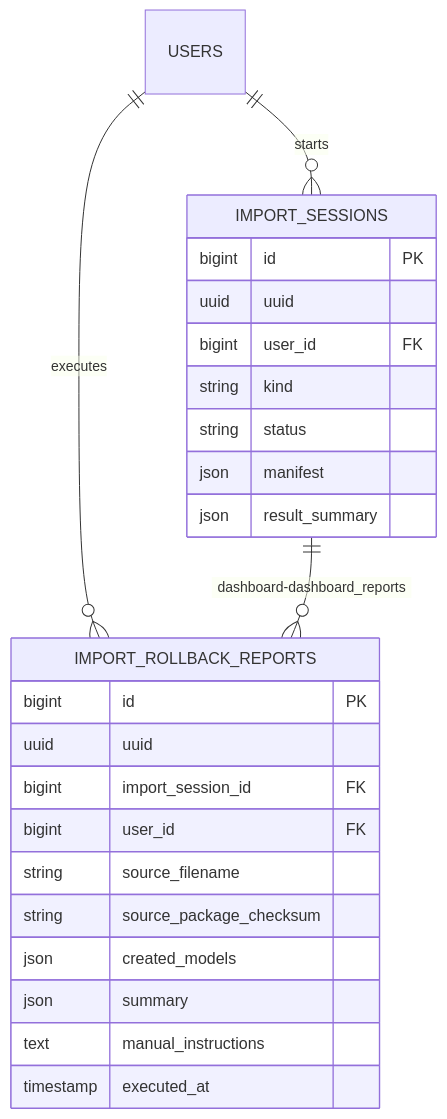
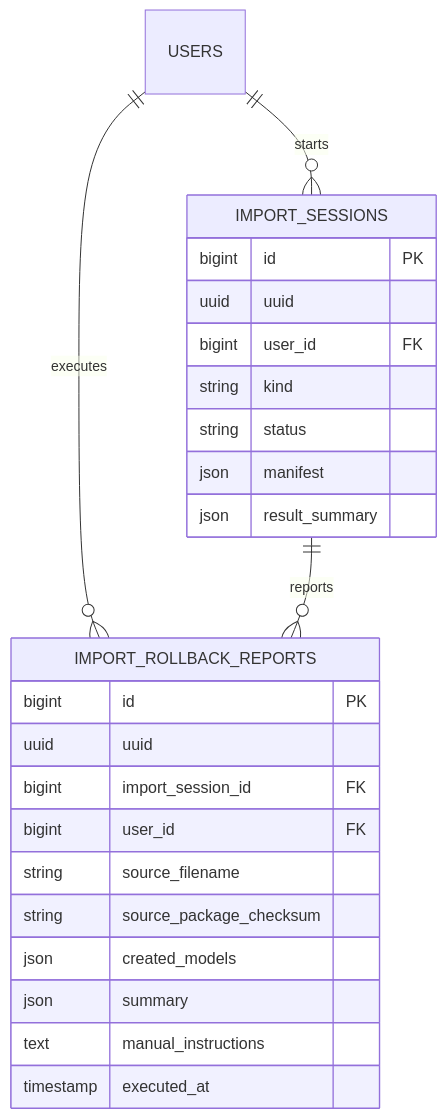
One commit to capell-app/migration-assistant changed the diagram in docs/overview.md. Above: the diagram before and after it, drawn with Mermaid. The commit also changed other lines of this file and 60 other files, not shown here.

````diff
--- a/docs/overview.md
+++ b/docs/overview.md
@@ -114,29 +116,29 @@
 ```mermaid
 erDiagram
     USERS ||--o{ IMPORT_SESSIONS : starts
     USERS ||--o{ IMPORT_ROLLBACK_REPORTS : executes
-    IMPORT_SESSIONS ||--o{ IMPORT_ROLLBACK_REPORTS : dashboard-dashboard_reports
+    IMPORT_SESSIONS ||--o{ IMPORT_ROLLBACK_REPORTS : reports
 
     IMPORT_ROLLBACK_REPORTS {
         bigint id PK
         uuid uuid
         bigint import_session_id FK
         bigint user_id FK
         string source_filename
         string source_package_checksum
         json created_models
         json summary
         text manual_instructions
         timestamp executed_at
     }
 
     IMPORT_SESSIONS {
         bigint id PK
         uuid uuid
         bigint user_id FK
         string kind
         string status
         json manifest
         json result_summary
     }
 ```
````
